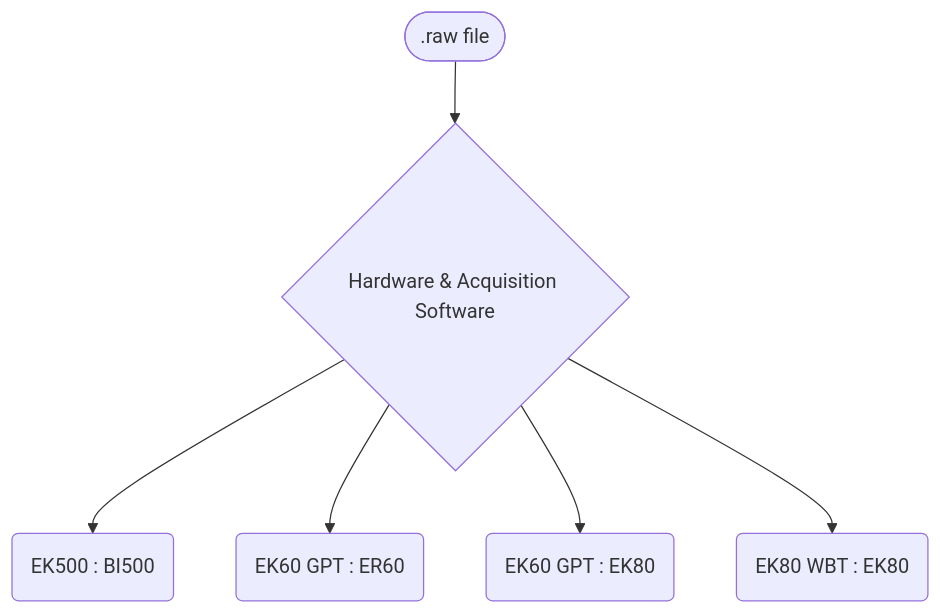
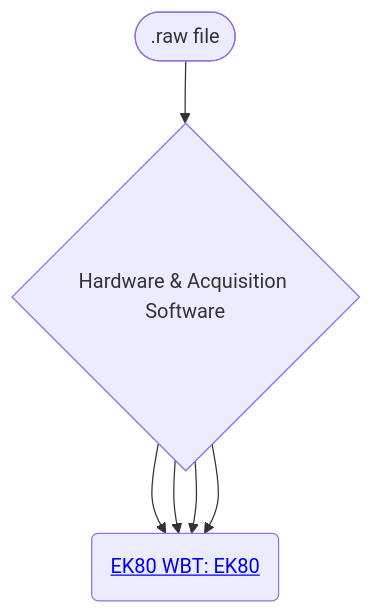
One commit to jmjech/schematic_test changed the diagram in Kongsberg-Simrad/README.md. Above: the diagram before and after it, drawn with Mermaid. The commit also changed other lines of this file, not shown here.

Commit message:
added URLs

````diff
--- a/Kongsberg-Simrad/README.md
+++ b/Kongsberg-Simrad/README.md
@@ -4,8 +4,8 @@
 ```mermaid
 flowchart TD;
     idRF@{ shape: stadium, label: ".raw file" }-->idHAS@{ shape: diamond, label: "Hardware & Acquisition Software" };
-    idHAS-->idEK500@{ shape: rounded, label: "EK500 : BI500" };
-    idHAS-->idEK60ER60@{ shape: rounded, label: "EK60 GPT : ER60" };
-    idHAS-->idEK60EK80@{ shape: rounded, label: "EK60 GPT : EK80" };
-    idHAS-->idEK80EK80@{ shape: rounded, label: "EK80 WBT : EK80" };
+    idHAS-->idEK500@{ shape: rounded, label: "<a href='https://github.com/jmjech/schematic_test/blob/main/Kongsberg-Simrad/EK500-BI500/README.md'>EK500 : BI500</a>" };
+    idHAS-->idEK500@{ shape: rounded, label: "<a href='https://github.com/jmjech/schematic_test/blob/main/Kongsberg-Simrad/EK500-BI500/README.md'>EK60 GPT : ER60</a>" };
+    idHAS-->idEK500@{ shape: rounded, label: "<a href='https://github.com/jmjech/schematic_test/blob/main/Kongsberg-Simrad/EK500-BI500/README.md'>EK60 GPT : EK80</a>" };
+    idHAS-->idEK500@{ shape: rounded, label: "<a href='https://github.com/jmjech/schematic_test/blob/main/Kongsberg-Simrad/EK500-BI500/README.md'>EK80 WBT: EK80</a>" };
 ```
````
